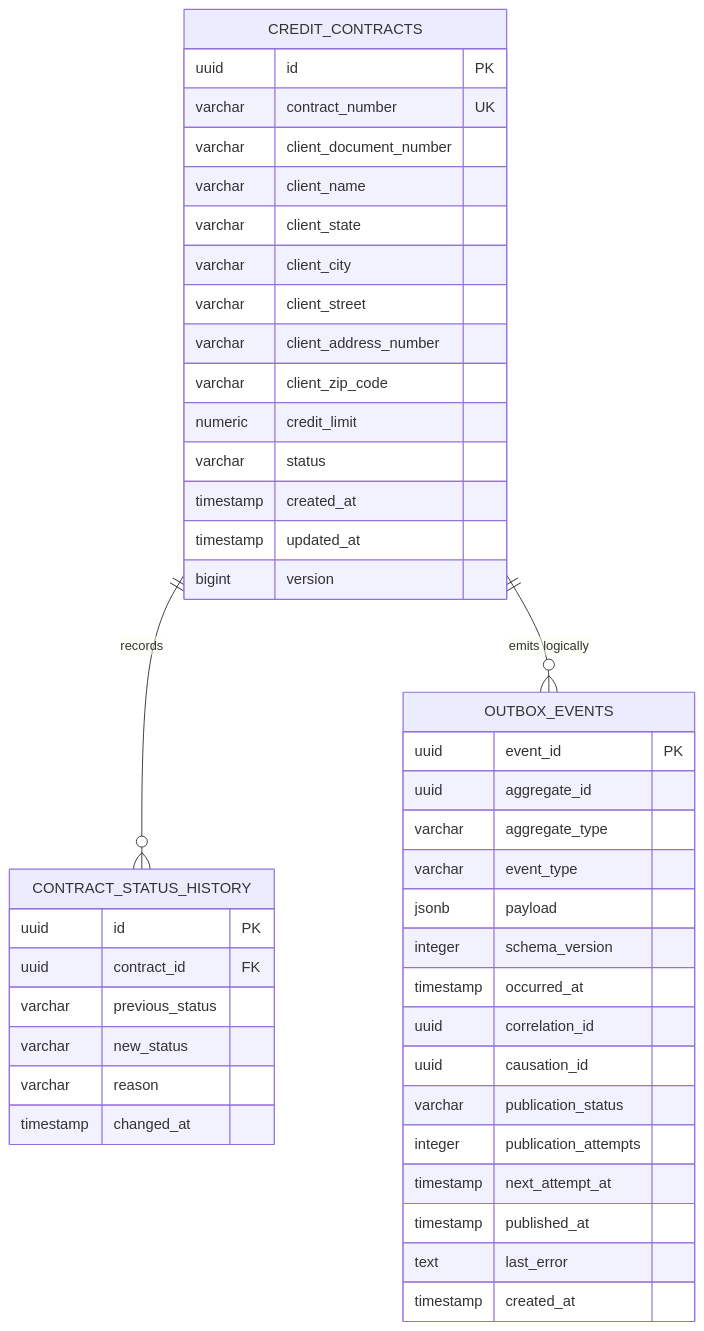
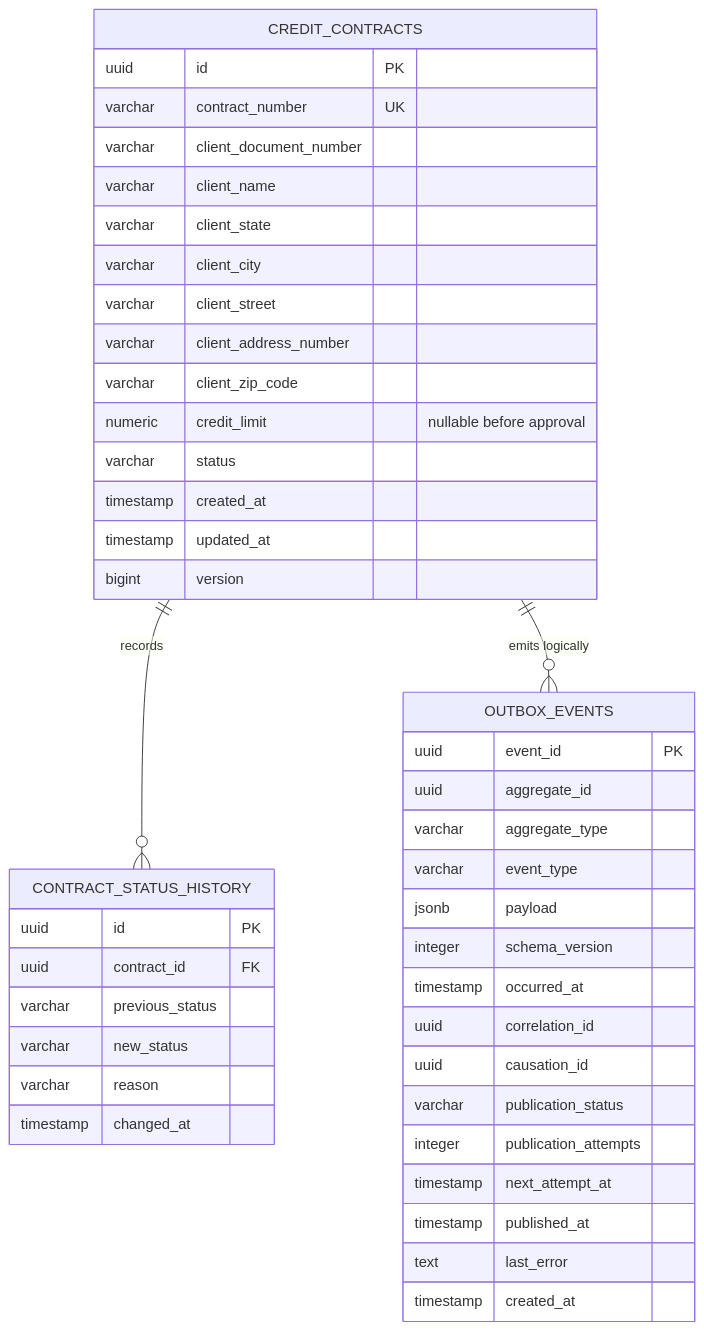
Before and after one commit to tmcly/credit-contract-manager: the fourth of 6 diagrams in docs/architecture/overview.md, drawn with Mermaid. The commit also changed other lines of this file and 52 other files, not shown here.

````diff
--- a/docs/architecture/overview.md
+++ b/docs/architecture/overview.md
@@ -99,49 +114,49 @@
 ```mermaid
 erDiagram
     CREDIT_CONTRACTS ||--o{ CONTRACT_STATUS_HISTORY : "records"
     CREDIT_CONTRACTS ||--o{ OUTBOX_EVENTS : "emits logically"
 
     CREDIT_CONTRACTS {
         uuid id PK
         varchar contract_number UK
         varchar client_document_number
         varchar client_name
         varchar client_state
         varchar client_city
         varchar client_street
         varchar client_address_number
         varchar client_zip_code
-        numeric credit_limit
+        numeric credit_limit "nullable before approval"
         varchar status
         timestamp created_at
         timestamp updated_at
         bigint version
     }
 
     CONTRACT_STATUS_HISTORY {
         uuid id PK
         uuid contract_id FK
         varchar previous_status
         varchar new_status
         varchar reason
         timestamp changed_at
     }
 
     OUTBOX_EVENTS {
         uuid event_id PK
         uuid aggregate_id
         varchar aggregate_type
         varchar event_type
         jsonb payload
         integer schema_version
         timestamp occurred_at
         uuid correlation_id
         uuid causation_id
         varchar publication_status
         integer publication_attempts
         timestamp next_attempt_at
         timestamp published_at
         text last_error
         timestamp created_at
     }
 ```
````
